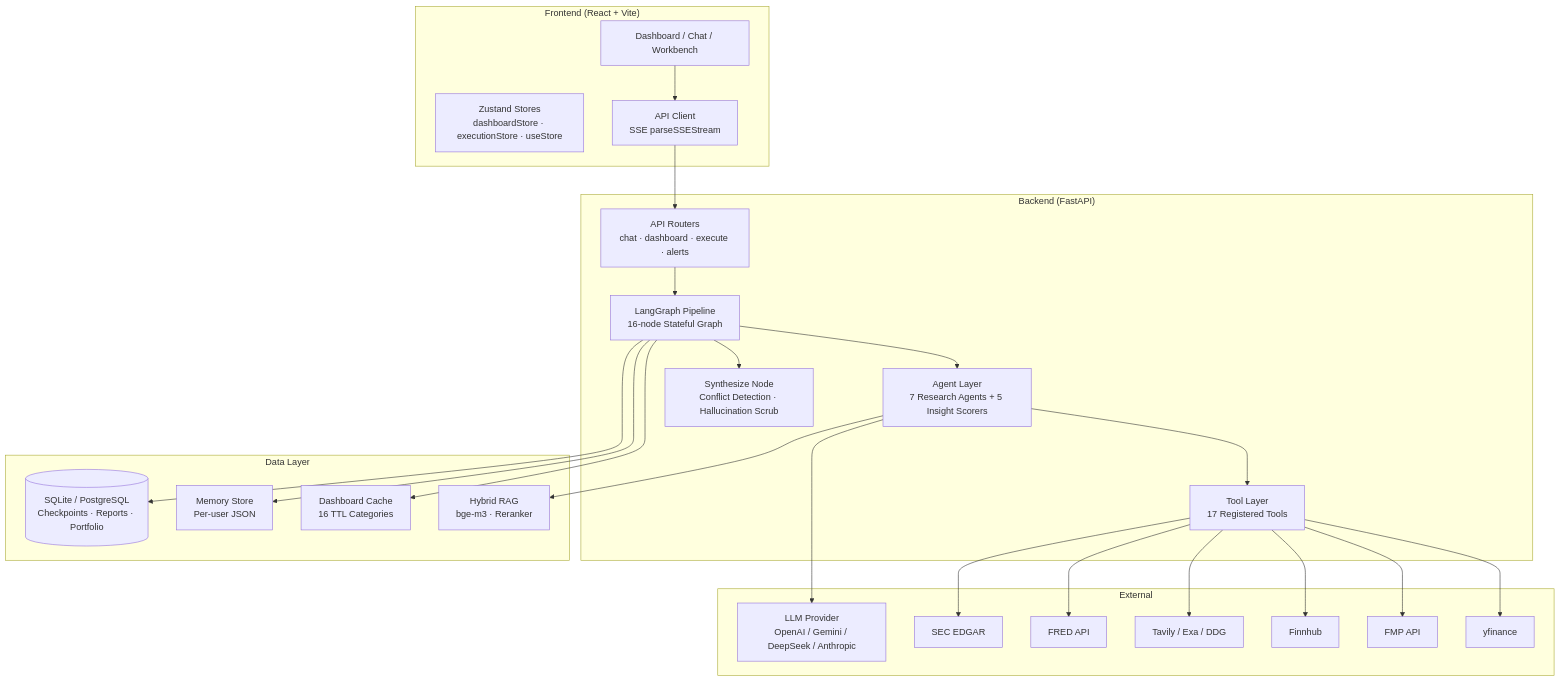
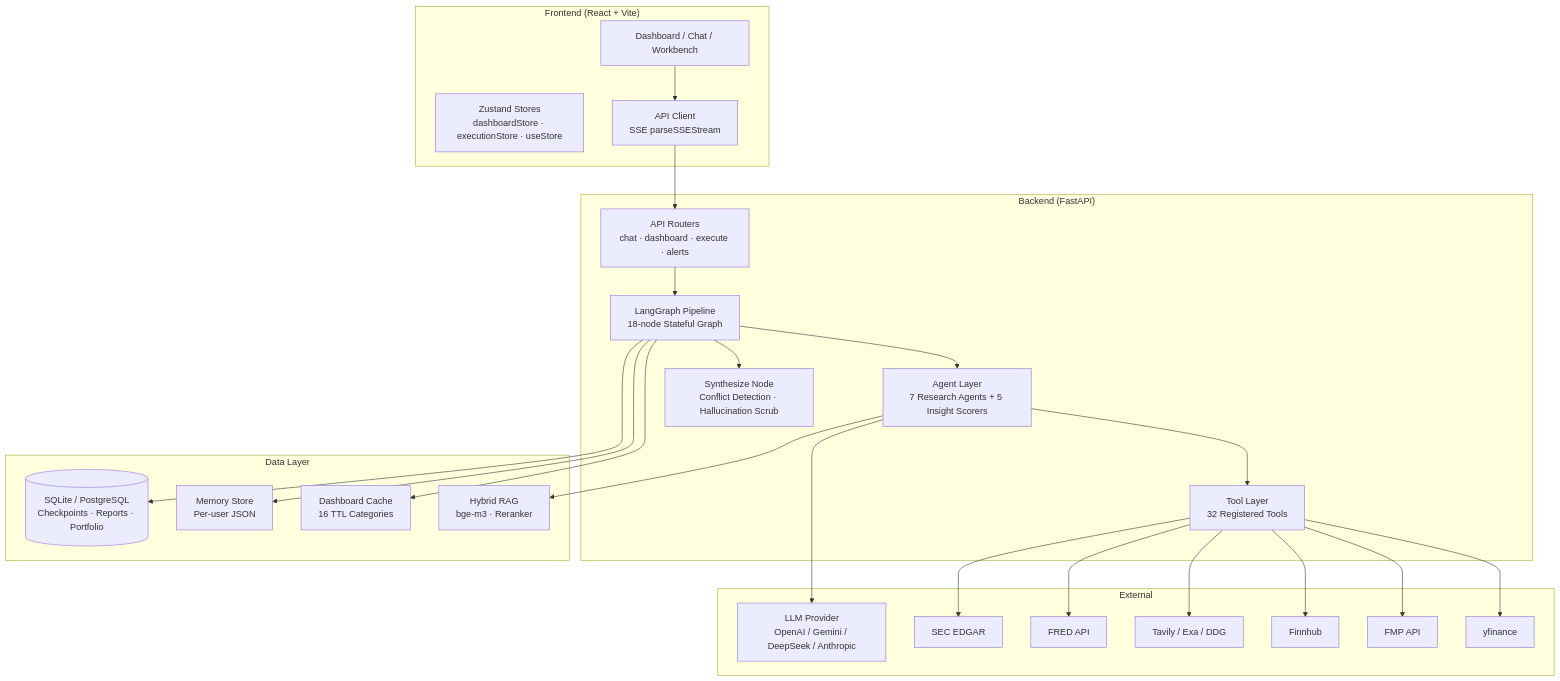
One commit to kkkano/FinSight changed the first of 7 diagrams in readme.md. Above: the diagram before and after it, drawn with Mermaid. The commit also changed other lines of this file and 3 other files, not shown here.

First line of the commit message:
docs: update node count (16→18) and tool count (17→32) for Phase 1-4

````diff
--- a/readme.md
+++ b/readme.md
@@ -181,41 +188,41 @@
 ```mermaid
 graph TB
     subgraph "Frontend (React + Vite)"
         UI[Dashboard / Chat / Workbench]
         STORE[Zustand Stores<br/>dashboardStore · executionStore · useStore]
         API_CLIENT[API Client<br/>SSE parseSSEStream]
     end
 
     subgraph "Backend (FastAPI)"
         ROUTER[API Routers<br/>chat · dashboard · execute · alerts]
-        GRAPH[LangGraph Pipeline<br/>16-node Stateful Graph]
+        GRAPH[LangGraph Pipeline<br/>18-node Stateful Graph]
         AGENTS[Agent Layer<br/>7 Research Agents + 5 Insight Scorers]
-        TOOLS[Tool Layer<br/>17 Registered Tools]
+        TOOLS[Tool Layer<br/>32 Registered Tools]
         SYNTH[Synthesize Node<br/>Conflict Detection · Hallucination Scrub]
     end
 
     subgraph "Data Layer"
         RAG[Hybrid RAG<br/>bge-m3 · Reranker]
         CACHE[Dashboard Cache<br/>16 TTL Categories]
         MEMORY[Memory Store<br/>Per-user JSON]
         DB[(SQLite / PostgreSQL<br/>Checkpoints · Reports · Portfolio)]
     end
 
     subgraph "External"
         YFINANCE[yfinance]
         FMP[FMP API]
         FINNHUB[Finnhub]
         TAVILY[Tavily / Exa / DDG]
         FRED[FRED API]
         SEC[SEC EDGAR]
         LLM_API[LLM Provider<br/>OpenAI / Gemini / DeepSeek / Anthropic]
     end
 
     UI --> API_CLIENT --> ROUTER
     ROUTER --> GRAPH --> AGENTS --> TOOLS
     GRAPH --> SYNTH
     TOOLS --> YFINANCE & FMP & FINNHUB & TAVILY & FRED & SEC
     AGENTS --> LLM_API
     AGENTS --> RAG
     GRAPH --> CACHE & MEMORY & DB
 ```
````
